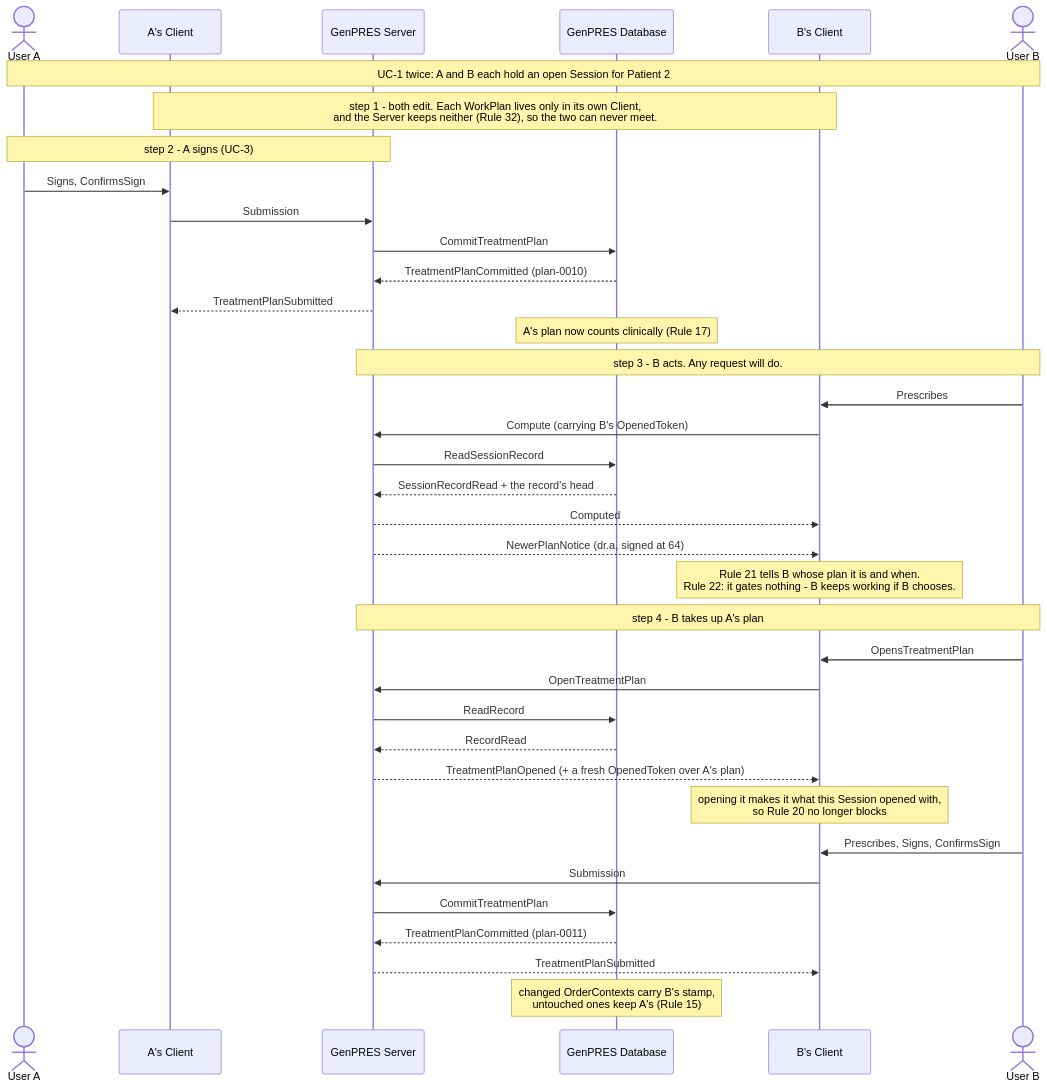
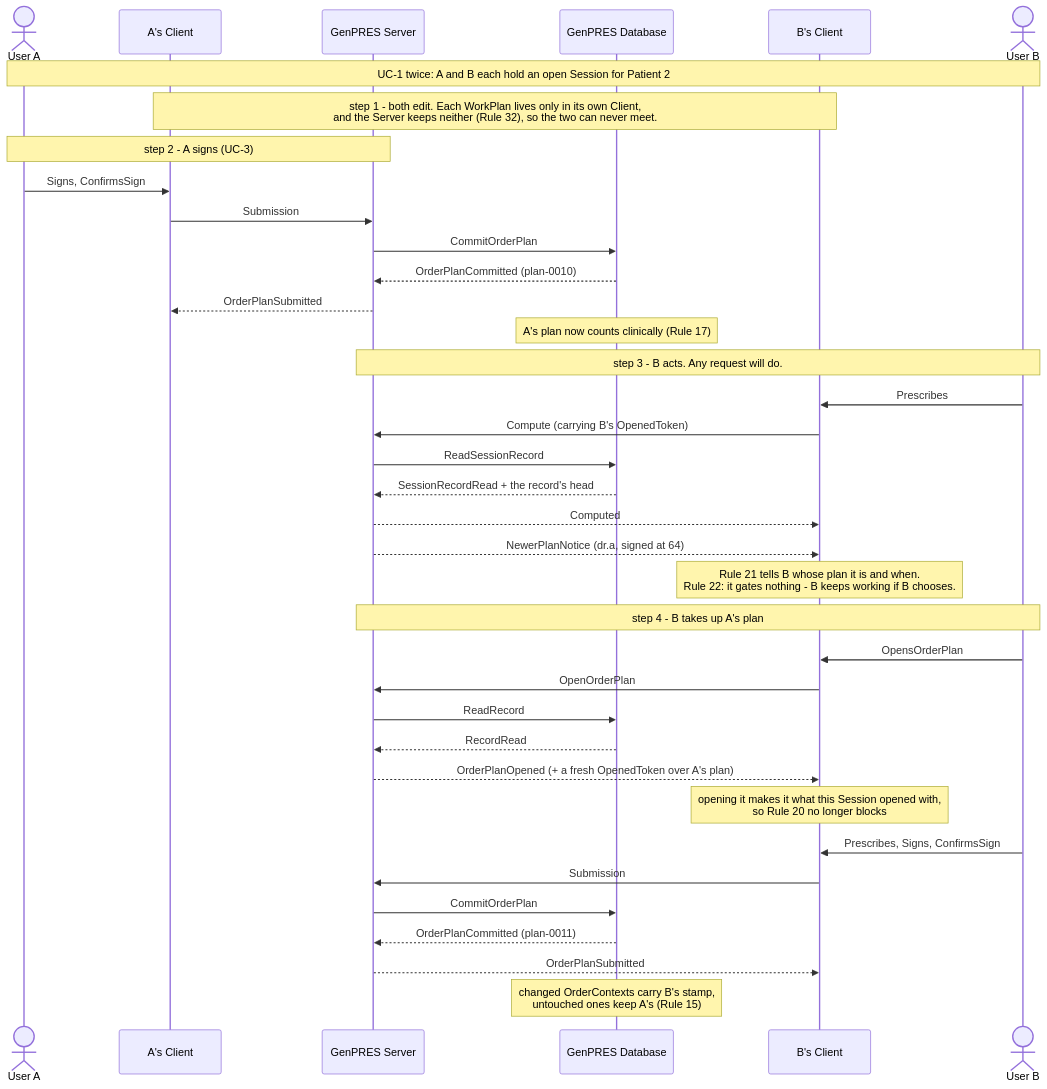
Before and after one commit to informedica/GenPRES: the first of 2 diagrams in docs/scenarios/integration/uc-04-two-users.md, drawn with Mermaid. The commit also changed other lines of this file and 11 other files, not shown here.

First line of the commit message:
docs: call the integration design's TreatmentPlan OrderPlan

````diff
--- a/docs/scenarios/integration/uc-04-two-users.md
+++ b/docs/scenarios/integration/uc-04-two-users.md
@@ -8,45 +8,45 @@
 ```mermaid
 sequenceDiagram
     actor A as User A
     participant CA as A's Client
     participant S as GenPRES Server
     participant D as GenPRES Database
     participant CB as B's Client
     actor B as User B
 
     Note over A,B: UC-1 twice: A and B each hold an open Session for Patient 2
 
     Note over CA,CB: step 1 - both edit. Each WorkPlan lives only in its own Client,<br/>and the Server keeps neither (Rule 32), so the two can never meet.
 
     Note over A,S: step 2 - A signs (UC-3)
     A->>CA: Signs, ConfirmsSign
     CA->>S: Submission
-    S->>D: CommitTreatmentPlan
-    D-->>S: TreatmentPlanCommitted (plan-0010)
-    S-->>CA: TreatmentPlanSubmitted
+    S->>D: CommitOrderPlan
+    D-->>S: OrderPlanCommitted (plan-0010)
+    S-->>CA: OrderPlanSubmitted
     Note over D: A's plan now counts clinically (Rule 17)
 
     Note over B,S: step 3 - B acts. Any request will do.
     B->>CB: Prescribes
     CB->>S: Compute (carrying B's OpenedToken)
     S->>D: ReadSessionRecord
     D-->>S: SessionRecordRead + the record's head
     S-->>CB: Computed
     S-->>CB: NewerPlanNotice (dr.a, signed at 64)
     Note over CB: Rule 21 tells B whose plan it is and when.<br/>Rule 22: it gates nothing - B keeps working if B chooses.
 
     Note over B,S: step 4 - B takes up A's plan
-    B->>CB: OpensTreatmentPlan
-    CB->>S: OpenTreatmentPlan
+    B->>CB: OpensOrderPlan
+    CB->>S: OpenOrderPlan
     S->>D: ReadRecord
     D-->>S: RecordRead
-    S-->>CB: TreatmentPlanOpened (+ a fresh OpenedToken over A's plan)
+    S-->>CB: OrderPlanOpened (+ a fresh OpenedToken over A's plan)
     Note over CB: opening it makes it what this Session opened with,<br/>so Rule 20 no longer blocks
 
     B->>CB: Prescribes, Signs, ConfirmsSign
     CB->>S: Submission
-    S->>D: CommitTreatmentPlan
-    D-->>S: TreatmentPlanCommitted (plan-0011)
-    S-->>CB: TreatmentPlanSubmitted
+    S->>D: CommitOrderPlan
+    D-->>S: OrderPlanCommitted (plan-0011)
+    S-->>CB: OrderPlanSubmitted
     Note over D: changed OrderContexts carry B's stamp,<br/>untouched ones keep A's (Rule 15)
 ```
````
